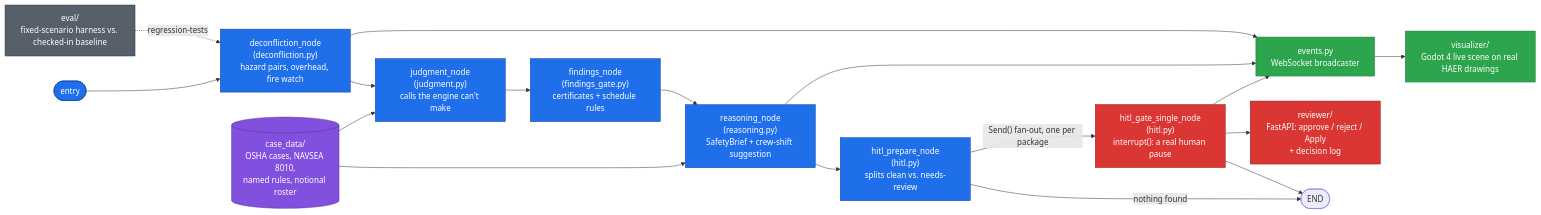
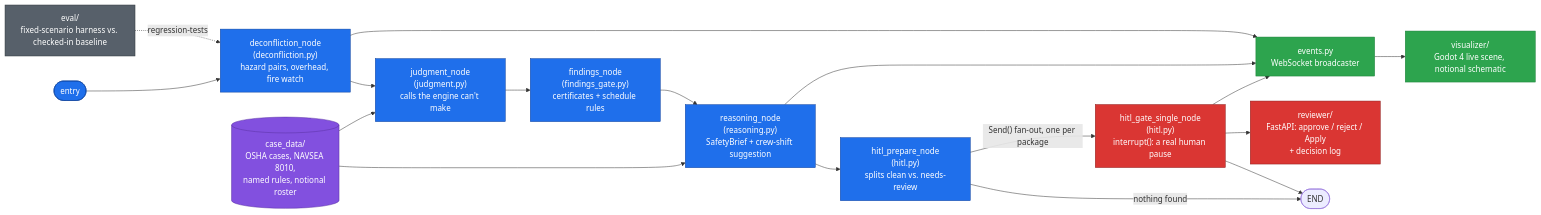
The diagram in README.md (COSMOAGNOSTIC/Watchstander), drawn with Mermaid before and after one commit. The commit also changed other lines of this file and 26 other files, not shown here.

````diff
--- a/README.md
+++ b/README.md
@@ -40,36 +40,36 @@
 ```mermaid
 flowchart LR
     classDef core fill:#1f6feb,stroke:#0d419d,color:#fff,stroke-width:1px
     classDef gate fill:#da3633,stroke:#8e1c1a,color:#fff,stroke-width:1px
     classDef data fill:#8250df,stroke:#5a32a3,color:#fff,stroke-width:1px
     classDef live fill:#2da44e,stroke:#1a7f37,color:#fff,stroke-width:1px
     classDef schema fill:#57606a,stroke:#32383f,color:#fff,stroke-width:1px
 
     Entry(["entry"]) --> Deconf["deconfliction_node<br/>(deconfliction.py)<br/>hazard pairs, overhead, fire watch"]
     Deconf --> Judg["judgment_node<br/>(judgment.py)<br/>calls the engine can't make"]
     Judg --> Find["findings_node<br/>(findings_gate.py)<br/>certificates + schedule rules"]
     Find --> Reason["reasoning_node<br/>(reasoning.py)<br/>SafetyBrief + crew-shift suggestion"]
     Reason --> HitlPrep["hitl_prepare_node<br/>(hitl.py)<br/>splits clean vs. needs-review"]
     HitlPrep -->|"nothing found"| End(["END"])
     HitlPrep -->|"Send() fan-out, one per package"| Hitl["hitl_gate_single_node<br/>(hitl.py)<br/>interrupt(): a real human pause"]
     Hitl --> End
 
     class Entry,Deconf,Judg,Find,Reason,HitlPrep core
     class Hitl gate
 
     CaseData[("case_data/<br/>OSHA cases, NAVSEA 8010,<br/>named rules, notional roster")] --> Reason
     CaseData --> Judg
     class CaseData data
 
     Hitl --> Reviewer["reviewer/<br/>FastAPI: approve / reject / Apply<br/>+ decision log"]
     class Reviewer gate
 
     Deconf --> Events["events.py<br/>WebSocket broadcaster"]
     Reason --> Events
     Hitl --> Events
-    Events --> Viz["visualizer/<br/>Godot 4 live scene on real HAER drawings"]
+    Events --> Viz["visualizer/<br/>Godot 4 live scene, notional schematic"]
     class Events,Viz live
 
     Eval["eval/<br/>fixed-scenario harness vs. checked-in baseline"] -.->|"regression-tests"| Deconf
     class Eval schema
 ```
````
